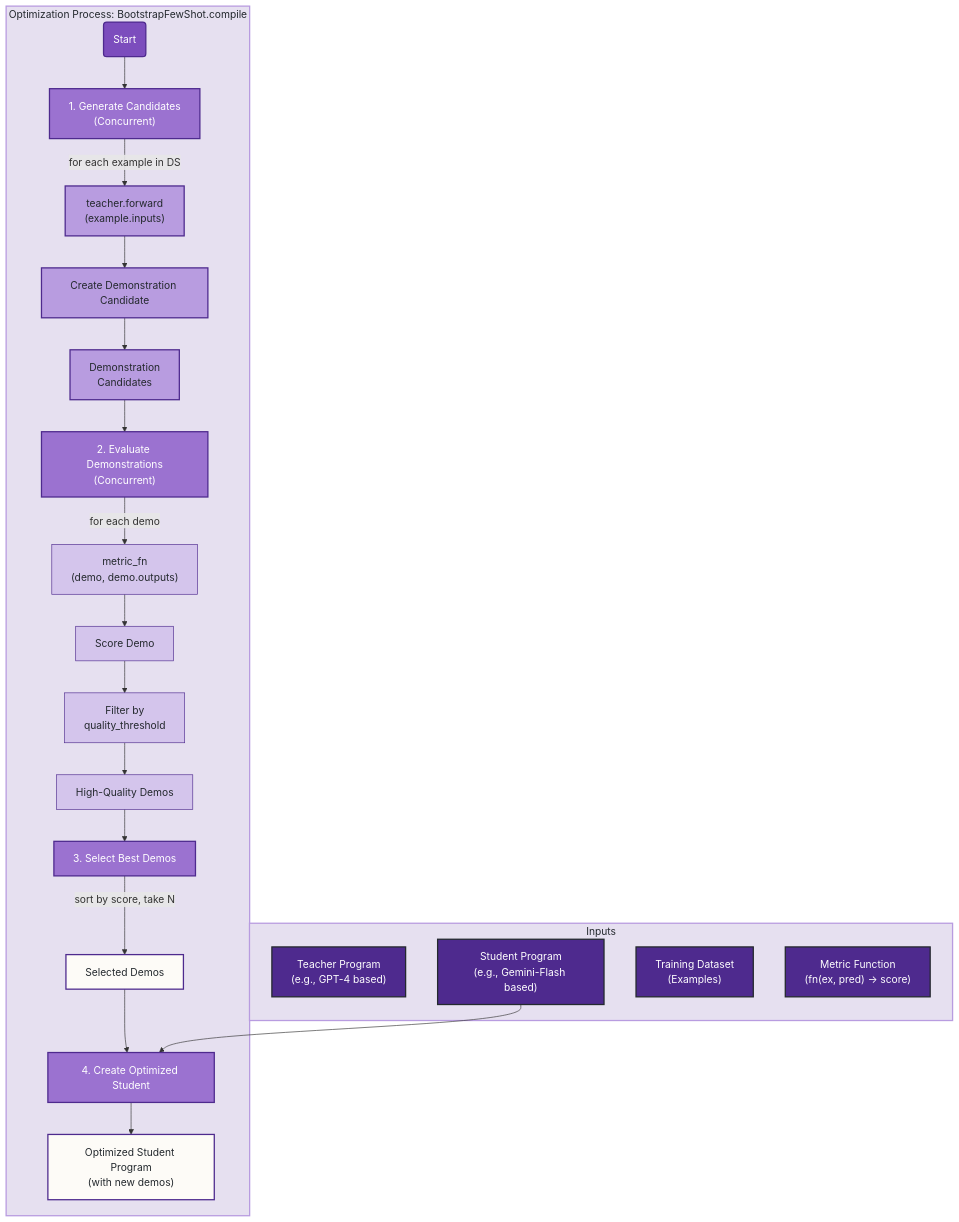
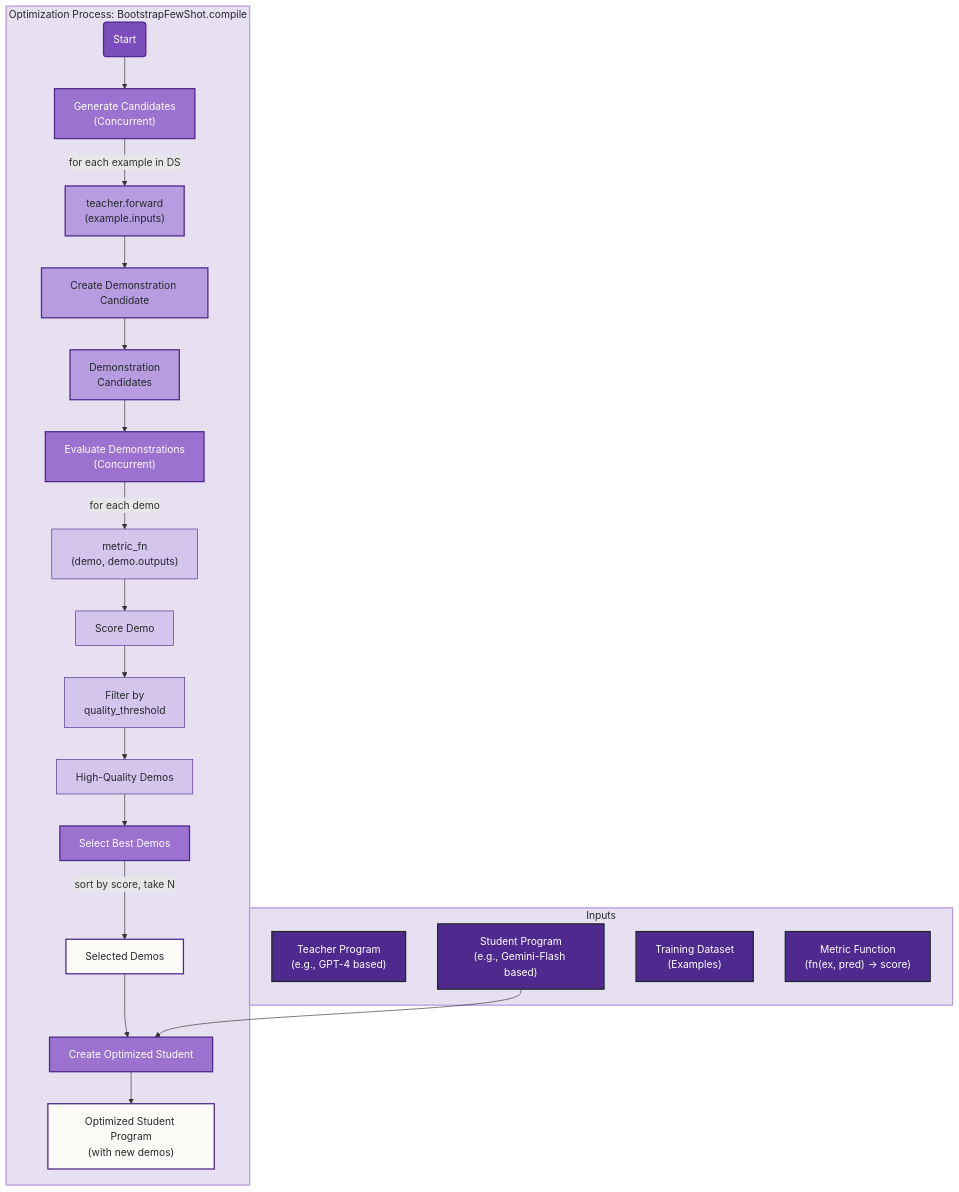
One commit to nshkrdotcom/ds_ex changed the fourth of 5 diagrams in DIAGS.md. Above: the diagram before and after it, drawn with Mermaid. The commit also changed other lines of this file and 2 other files, not shown here.

````diff
--- a/DIAGS.md
+++ b/DIAGS.md
@@ -240,46 +240,46 @@
 ```mermaid
 graph TD
     subgraph INPUTS["Inputs"]
         T["Teacher Program<br/>(e.g., GPT-4 based)"]
         S["Student Program<br/>(e.g., Gemini-Flash based)"]
         DS["Training Dataset<br/>(Examples)"]
         MF["Metric Function<br/>(fn(ex, pred) -> score)"]
     end
 
-    subgraph OPT["Optimization Process: BootstrapFewShot.compile"]
-        Start("Start") --> P1["1. Generate Candidates<br/>(Concurrent)"]
+    subgraph OPT["Optimization&nbsp;Process:&nbsp;BootstrapFewShot.compile"]
+        Start("Start") --> P1["Generate Candidates<br/>(Concurrent)"]
         P1 -- for each example in DS --> P1a["teacher.forward<br/>(example.inputs)"]
         P1a --> P1b[Create Demonstration Candidate]
         P1b --> Demos["Demonstration<br/>Candidates"]
 
-        Demos --> P2["2. Evaluate Demonstrations<br/>(Concurrent)"]
+        Demos --> P2["Evaluate Demonstrations<br/>(Concurrent)"]
         P2 -- for each demo --> P2a["metric_fn<br/>(demo, demo.outputs)"]
         P2a --> P2b["Score Demo"]
         P2b --> P2c["Filter by<br/>quality_threshold"]
         P2c --> QualityDemos["High-Quality Demos"]
         
-        QualityDemos --> P3["3. Select Best Demos"]
+        QualityDemos --> P3["Select Best Demos"]
         P3 -- sort by score, take N --> SelectedDemos["Selected Demos"]
 
-        SelectedDemos --> P4["4. Create Optimized Student"]
+        SelectedDemos --> P4["Create Optimized Student"]
         S --> P4
         P4 --> OptimizedStudent["Optimized Student Program<br/>(with new demos)"]
     end
 
     %% Elixir-inspired styling
     classDef inputLayer fill:#4e2a8e,stroke:#24292e,stroke-width:2px,color:#fff
     classDef startNode fill:#7c4dbd,stroke:#4e2a8e,stroke-width:2px,color:#fff
     classDef processStep fill:#9b72d0,stroke:#4e2a8e,stroke-width:2px,color:#fff
     classDef candidateNode fill:#b89ce0,stroke:#4e2a8e,stroke-width:2px,color:#24292e
     classDef evaluationNode fill:#d4c5ec,stroke:#4e2a8e,stroke-width:1px,color:#24292e
     classDef outputNode fill:#fdfbf7,stroke:#4e2a8e,stroke-width:2px,color:#24292e
     classDef subgraphTitleTop fill:#e6e0f0,stroke:#b89ce0,stroke-width:2px,color:#24292e
 
     class T,S,DS,MF inputLayer
     class Start startNode
     class P1,P2,P3,P4 processStep
     class P1a,P1b,Demos candidateNode
     class P2a,P2b,P2c,QualityDemos evaluationNode
     class SelectedDemos,OptimizedStudent outputNode
     class INPUTS,OPT subgraphTitleTop
 ```
````
